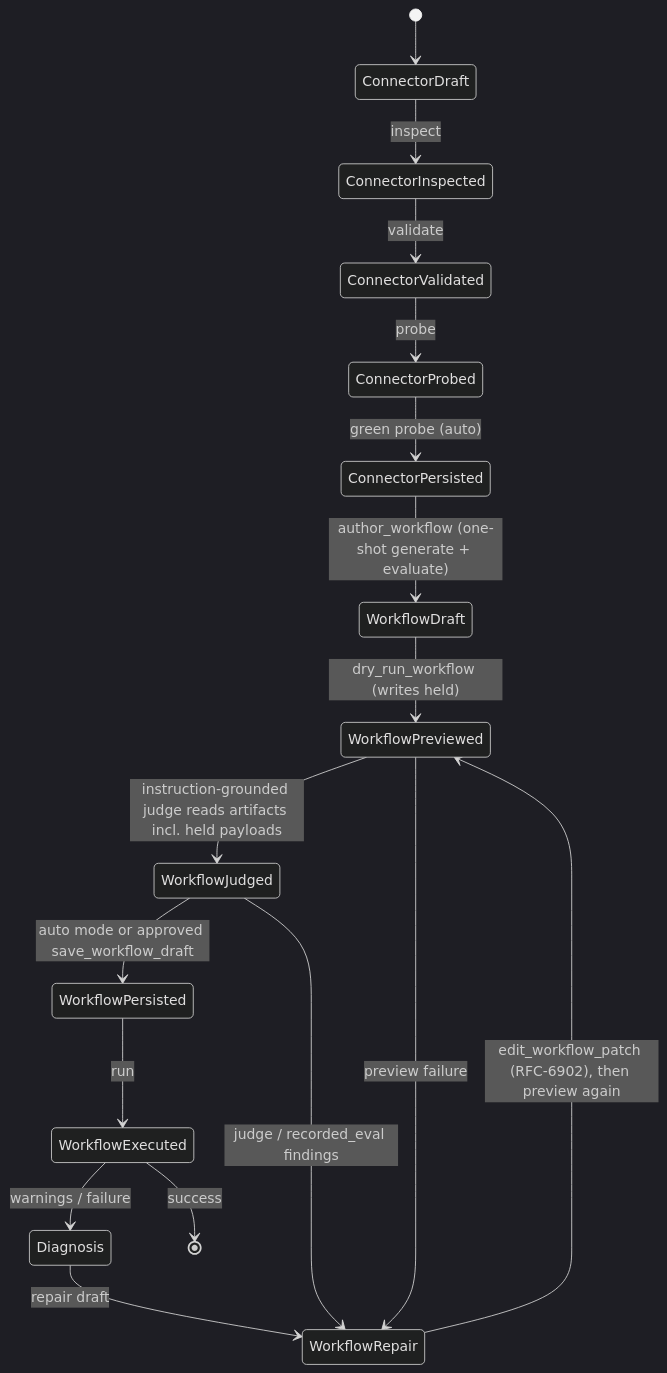
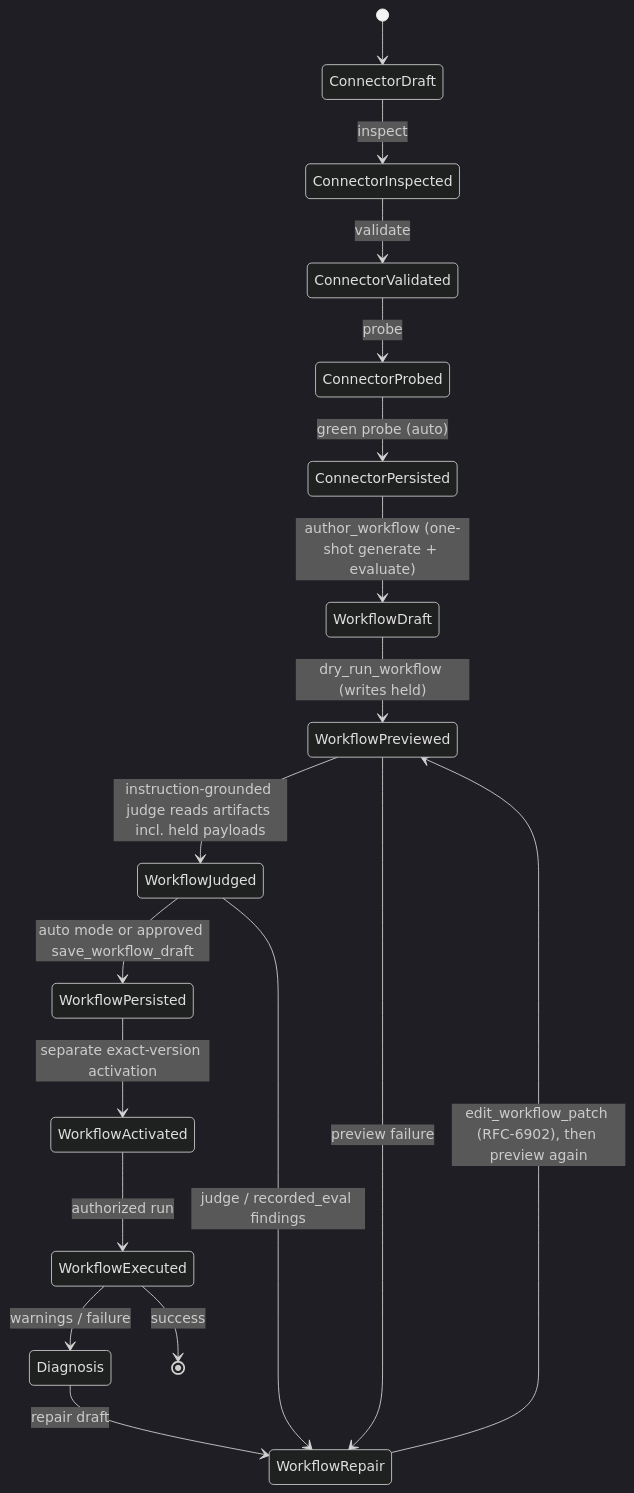
One commit to MikeBild/subkit changed the second of 3 diagrams in docs/authors/authoring-workflows.md. Above: the diagram before and after it, drawn with Mermaid (dark theme). The commit also changed other lines of this file and 71 other files, not shown here.

````diff
--- a/docs/authors/authoring-workflows.md
+++ b/docs/authors/authoring-workflows.md
@@ -72,19 +74,20 @@
 ```mermaid
 stateDiagram-v2
     [*] --> ConnectorDraft
     ConnectorDraft --> ConnectorInspected: inspect
     ConnectorInspected --> ConnectorValidated: validate
     ConnectorValidated --> ConnectorProbed: probe
     ConnectorProbed --> ConnectorPersisted: green probe (auto)
     ConnectorPersisted --> WorkflowDraft: author_workflow (one-shot generate + evaluate)
     WorkflowDraft --> WorkflowPreviewed: dry_run_workflow (writes held)
     WorkflowPreviewed --> WorkflowJudged: instruction-grounded judge reads artifacts incl. held payloads
     WorkflowJudged --> WorkflowPersisted: auto mode or approved save_workflow_draft
     WorkflowJudged --> WorkflowRepair: judge / recorded_eval findings
     WorkflowPreviewed --> WorkflowRepair: preview failure
     WorkflowRepair --> WorkflowPreviewed: edit_workflow_patch (RFC-6902), then preview again
-    WorkflowPersisted --> WorkflowExecuted: run
+    WorkflowPersisted --> WorkflowActivated: separate exact-version activation
+    WorkflowActivated --> WorkflowExecuted: authorized run
     WorkflowExecuted --> Diagnosis: warnings / failure
     Diagnosis --> WorkflowRepair: repair draft
     WorkflowExecuted --> [*]: success
 ```
````
